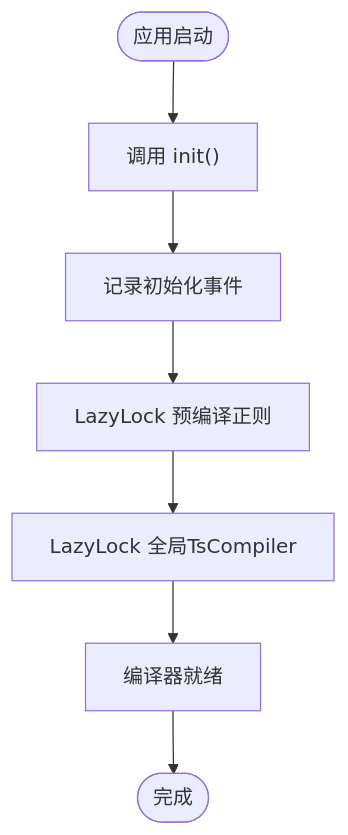
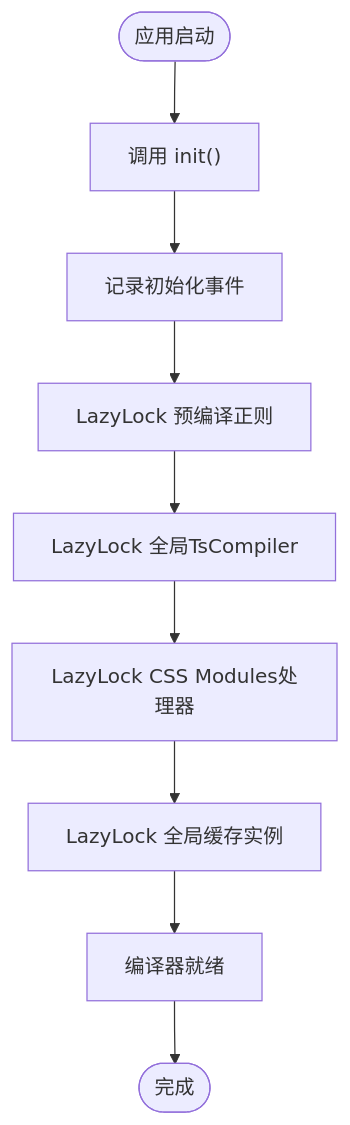
One commit to itszzl-sudo/iris changed diagram 11 of 19 in .qoder/repowiki/zh/content/技术架构详解/即时转译系统/SFC编译器初始化机制.md. Above: the diagram before and after it, drawn with Mermaid. The commit also changed other lines of this file and 3 other files, not shown here.

````diff
--- a/.qoder/repowiki/zh/content/技术架构详解/即时转译系统/SFC编译器初始化机制.md
+++ b/.qoder/repowiki/zh/content/技术架构详解/即时转译系统/SFC编译器初始化机制.md
@@ -414,9 +475,11 @@
 ```mermaid
 flowchart TD
 Start([应用启动]) --> CallInit["调用 init()"]
 CallInit --> LogInit["记录初始化事件"]
 LogInit --> LazyRegex["LazyLock 预编译正则"]
 LazyRegex --> GlobalTsCompiler["LazyLock 全局TsCompiler"]
-GlobalTsCompiler --> Ready["编译器就绪"]
+GlobalTsCompiler --> CssModules["LazyLock CSS Modules处理器"]
+CssModules --> GlobalCache["LazyLock 全局缓存实例"]
+GlobalCache --> Ready["编译器就绪"]
 Ready --> End([完成])
 ```
````
